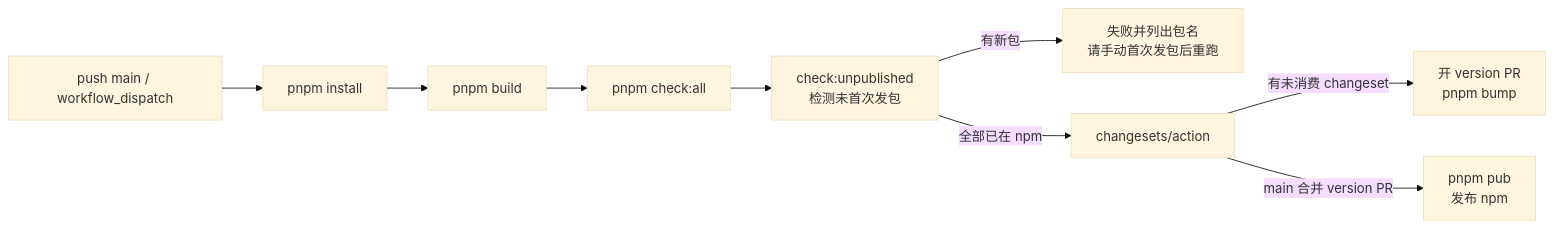
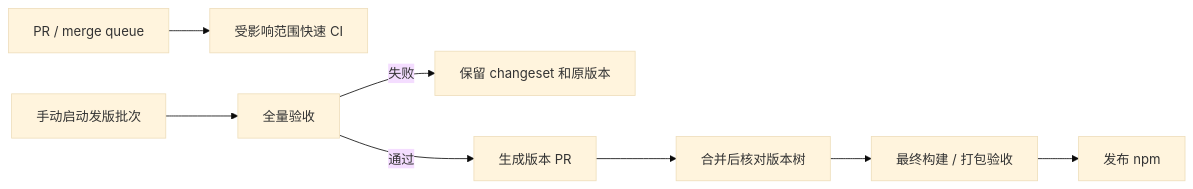
Before and after one commit to zhinjs/zhin: the diagram in docs/contributing/development.md, drawn with Mermaid (base theme). The commit also changed other lines of this file and 16 other files, not shown here.

````diff
--- a/docs/contributing/development.md
+++ b/docs/contributing/development.md
@@ -235,10 +248,8 @@
 ```mermaid
 flowchart LR
-  trigger["push main / workflow_dispatch"] --> install["pnpm install"] --> build["pnpm build"]
-  build --> harness["pnpm check:all"]
-  harness --> gate["check:unpublished<br/>检测未首次发包"]
-  gate -->|"有新包"| stop["失败并列出包名<br/>请手动首次发包后重跑"]
-  gate -->|"全部已在 npm"| action["changesets/action"]
-  action -->|"有未消费 changeset"| pr["开 version PR<br/>pnpm bump"]
-  action -->|"main 合并 version PR"| pub["pnpm pub<br/>发布 npm"]
+  pr["PR / merge queue"] --> fast["受影响范围快速 CI"]
+  manual["手动启动发版批次"] --> full["全量验收"]
+  full -->|失败| keep["保留 changeset 和原版本"]
+  full -->|通过| versions["生成版本 PR"]
+  versions --> merged["合并后核对版本树"] --> pack["最终构建 / 打包验收"] --> publish["发布 npm"]
 ```
````
